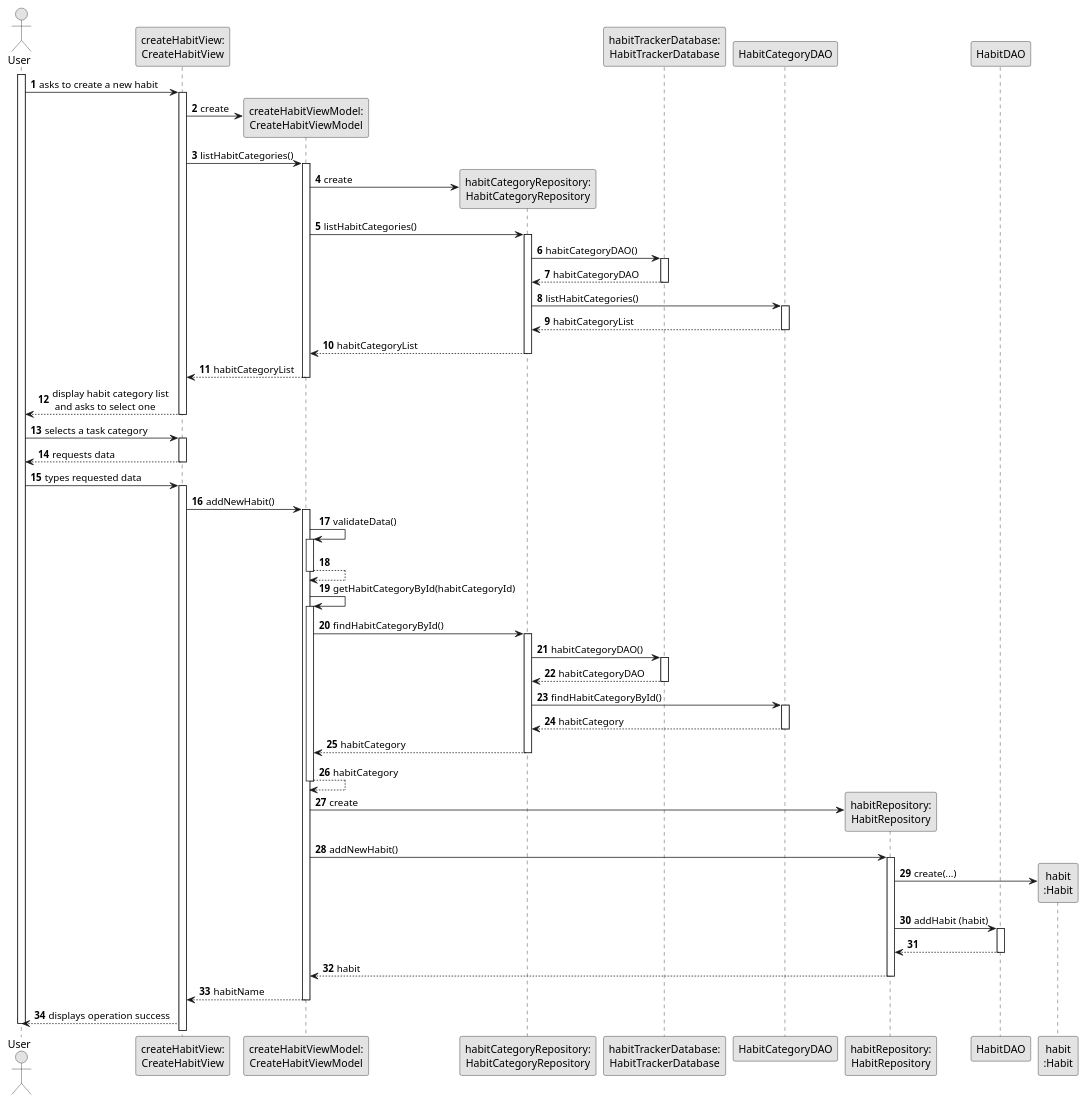
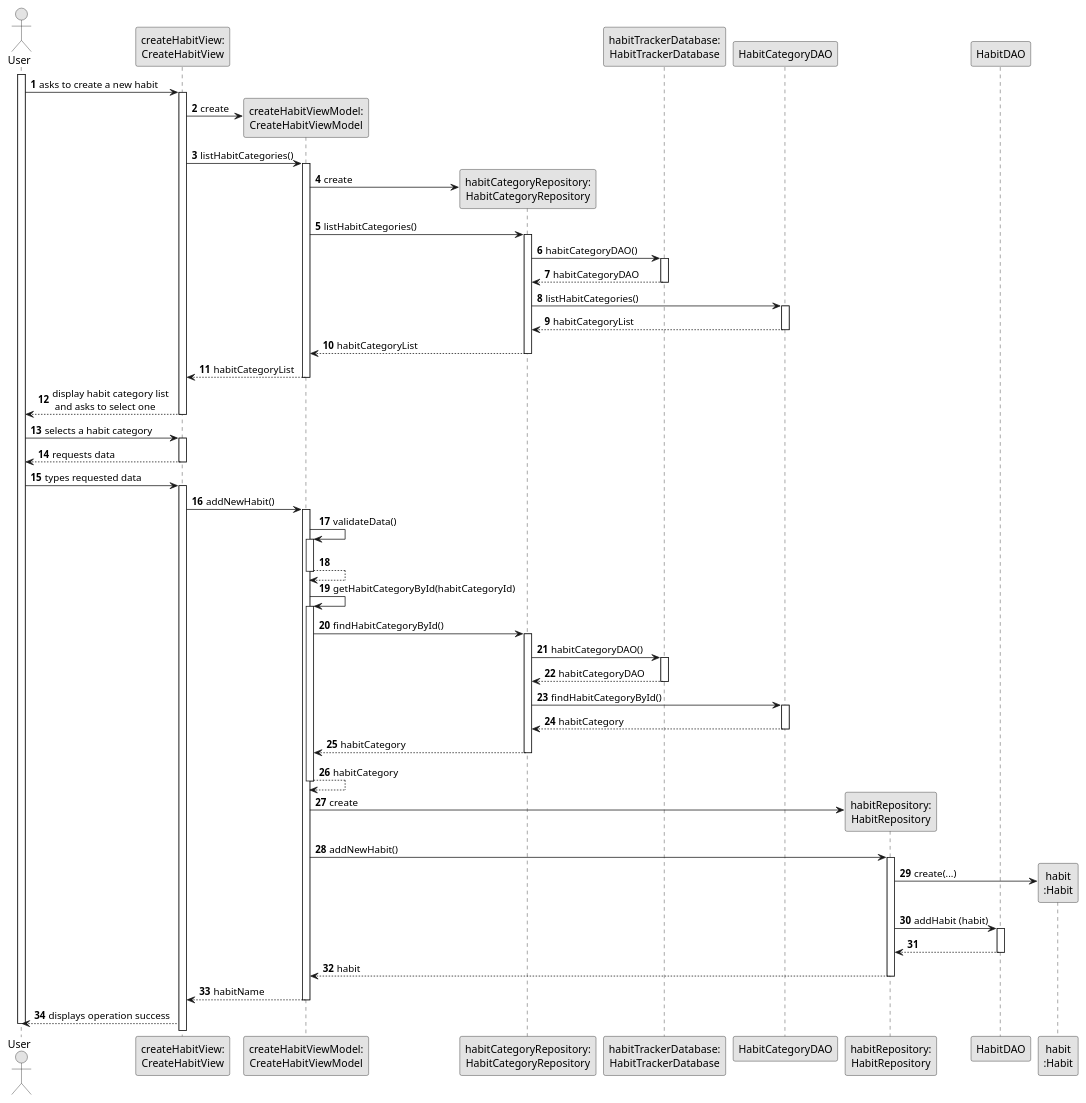
The diagram in docs/US001/03.design/puml/us001-sequence-diagram.puml (RodrigoSousa497/HabitTracker), drawn with PlantUML before and after one commit. The commit also changed 119 other files, not shown here.

```diff
--- a/docs/US001/03.design/puml/us001-sequence-diagram.puml
+++ b/docs/US001/03.design/puml/us001-sequence-diagram.puml
@@ -1,115 +1,115 @@
 @startuml
 skinparam monochrome true
 skinparam packageStyle rectangle
 skinparam shadowing false
 
 autonumber
 
 actor "User"
 participant "createHabitView:\nCreateHabitView" as View
 participant "createHabitViewModel:\nCreateHabitViewModel" as ViewModel
 participant "habitCategoryRepository:\nHabitCategoryRepository" as HabitCategoryRepository
 participant "habitTrackerDatabase:\nHabitTrackerDatabase" as Database
 participant "HabitCategoryDAO" as HabitCategoryDAO
 participant "habitRepository:\nHabitRepository" as HabitRepository
 participant "HabitDAO" as HabitDAO
 participant "habit\n:Habit" as Habit
 
 activate User
 
     User -> View : asks to create a new habit
     activate View
 
         View -> ViewModel** : create
 
         View -> ViewModel : listHabitCategories()
             activate ViewModel
 
                 ViewModel -> HabitCategoryRepository** : create
 
                 ViewModel -> HabitCategoryRepository : listHabitCategories()
                 activate HabitCategoryRepository
 
                     HabitCategoryRepository -> Database: habitCategoryDAO()
                     activate Database
 
                         Database --> HabitCategoryRepository: habitCategoryDAO
                      deactivate Database
 
                     HabitCategoryRepository -> HabitCategoryDAO: listHabitCategories()
                     activate HabitCategoryDAO
 
                         HabitCategoryDAO --> HabitCategoryRepository: habitCategoryList
                     deactivate HabitCategoryDAO
 
                     HabitCategoryRepository --> ViewModel: habitCategoryList
                 deactivate HabitCategoryRepository
 
                 ViewModel --> View : habitCategoryList
             deactivate ViewModel
 
             View --> User : display habit category list\n and asks to select one
         deactivate View
 
-    User -> View : selects a task category
+    User -> View : selects a habit category
     activate View
 
         View --> User : requests data
     deactivate View
 
     User -> View : types requested data
     activate View
 
         View -> ViewModel : addNewHabit()
         activate ViewModel
 
             ViewModel -> ViewModel: validateData()
             activate ViewModel
 
                 ViewModel --> ViewModel
             deactivate ViewModel
 
             ViewModel -> ViewModel : getHabitCategoryById(habitCategoryId)
             activate ViewModel
 
                 ViewModel -> HabitCategoryRepository : findHabitCategoryById()
                 activate HabitCategoryRepository
 
                     HabitCategoryRepository -> Database: habitCategoryDAO()
                     activate Database
 
                         Database --> HabitCategoryRepository: habitCategoryDAO
                      deactivate Database
 
                     HabitCategoryRepository -> HabitCategoryDAO: findHabitCategoryById()
                     activate HabitCategoryDAO
 
                         HabitCategoryDAO --> HabitCategoryRepository: habitCategory
                     deactivate HabitCategoryDAO
 
                     HabitCategoryRepository --> ViewModel: habitCategory
                 deactivate HabitCategoryRepository
 
                 ViewModel --> ViewModel: habitCategory
             deactivate ViewModel
 
             ViewModel -> HabitRepository** : create
             ViewModel -> HabitRepository: addNewHabit()
             activate HabitRepository
                 HabitRepository -> Habit**: create(...)
                 HabitRepository -> HabitDAO: addHabit (habit)
                 activate HabitDAO
 
                     HabitDAO --> HabitRepository
                 deactivate HabitDAO
 
                 HabitRepository --> ViewModel: habit
             deactivate HabitRepository
 
         ViewModel --> View: habitName
     deactivate ViewModel
 
     View --> User: displays operation success
 deactivate User
 
 @enduml
```
